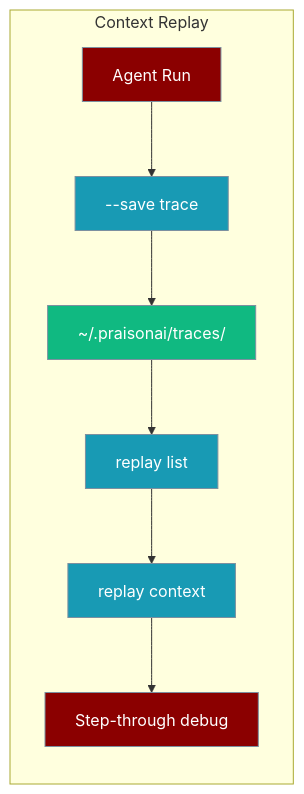
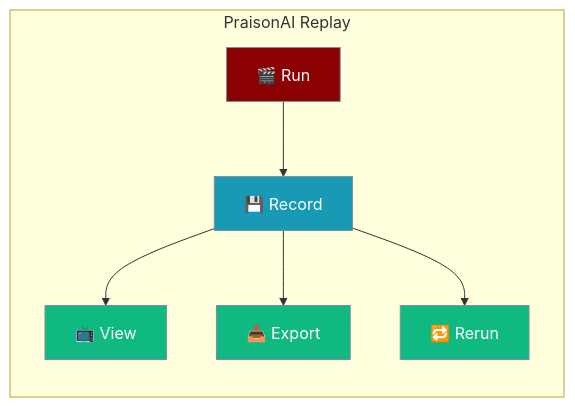
One commit to MervinPraison/PraisonAIDocs changed the first of 3 diagrams in docs/features/replay.mdx. Above: the diagram before and after it, drawn with Mermaid. The commit also changed other lines of this file and 6 other files, not shown here.

Commit message:
fix: document PraisonAI Replay record/view/export/rerun (fixes #4724)

````diff
--- a/docs/features/replay.mdx
+++ b/docs/features/replay.mdx
@@ -31,18 +20,17 @@
 ```mermaid
 graph LR
-    subgraph "Context Replay"
-        Run[Agent Run] --> Save[--save trace]
-        Save --> Store["~/.praisonai/traces/"]
-        Store --> List[replay list]
-        List --> Play[replay context]
-        Play --> Debug[Step-through debug]
+    subgraph "PraisonAI Replay"
+        Run[🎬 Run] --> Record[💾 Record]
+        Record --> Watch[📺 View]
+        Record --> Export[📤 Export]
+        Record --> Rerun[🔁 Rerun]
     end
 
     classDef agent fill:#8B0000,stroke:#7C90A0,color:#fff
     classDef tool fill:#189AB4,stroke:#7C90A0,color:#fff
     classDef output fill:#10B981,stroke:#7C90A0,color:#fff
 
-    class Run,Debug agent
-    class Save,List,Play tool
-    class Store output
+    class Run agent
+    class Record tool
+    class Watch,Export,Rerun output
 ```
````
